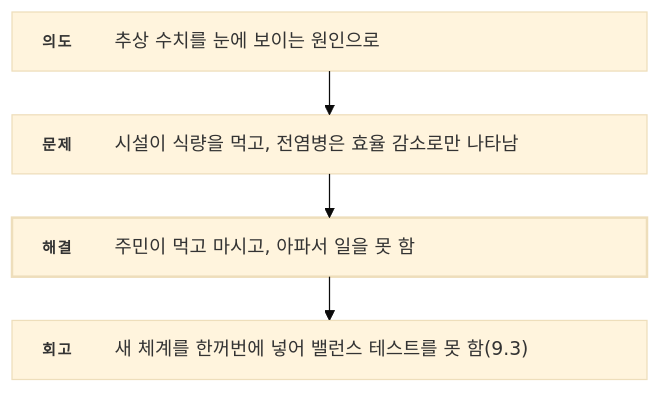
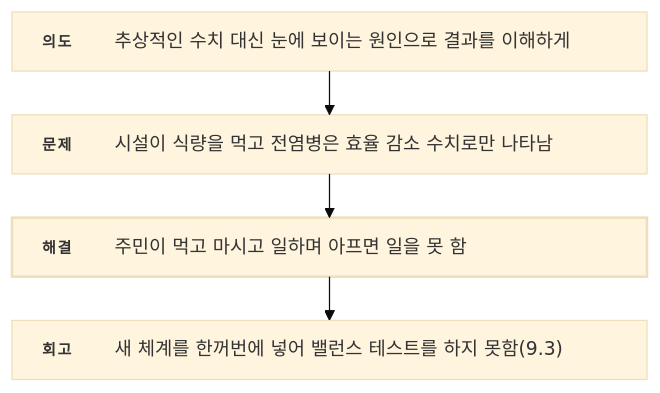
One commit to ashadeveloperr/ashadeveloperr.github.io changed the ninth of 12 diagrams in src/3-desert-settlement/기술문서.md. Above: the diagram before and after it, drawn with Mermaid (base theme). The commit also changed other lines of this file and 6 other files, not shown here.

````diff
--- a/src/3-desert-settlement/기술문서.md
+++ b/src/3-desert-settlement/기술문서.md
@@ -438,18 +469,18 @@
 ```mermaid
 ---
 config:
   layout: elk
   flowchart:
     wrappingWidth: 520
     padding: 12
 ---
 flowchart TB
   %% feature-flow — _local/flow-diagrams.py가 만듦
-  I["<div style='width:460px;display:flex;gap:14px;align-items:baseline;text-align:left;white-space:normal'><span style='flex:0 0 44px;padding-top:2px;font-size:12px;font-weight:700;letter-spacing:.12em;color:var(--accent-ink)'>의도</span><span style='flex:1;font-size:15px;line-height:1.55;color:var(--ink)'>추상 수치를 눈에 보이는 원인으로</span></div>"]
-  P["<div style='width:460px;display:flex;gap:14px;align-items:baseline;text-align:left;white-space:normal'><span style='flex:0 0 44px;padding-top:2px;font-size:12px;font-weight:700;letter-spacing:.12em;color:var(--accent-ink)'>문제</span><span style='flex:1;font-size:15px;line-height:1.55;color:var(--ink)'>시설이 식량을 먹고, 전염병은 효율 감소로만 나타남</span></div>"]
-  S["<div style='width:460px;display:flex;gap:14px;align-items:baseline;text-align:left;white-space:normal'><span style='flex:0 0 44px;padding-top:2px;font-size:12px;font-weight:700;letter-spacing:.12em;color:var(--accent-ink)'>해결</span><span style='flex:1;font-size:15px;line-height:1.55;color:var(--ink)'>주민이 먹고 마시고, 아파서 일을 못 함</span></div>"]
-  R["<div style='width:460px;display:flex;gap:14px;align-items:baseline;text-align:left;white-space:normal'><span style='flex:0 0 44px;padding-top:2px;font-size:12px;font-weight:700;letter-spacing:.12em;color:var(--accent-ink)'>회고</span><span style='flex:1;font-size:15px;line-height:1.55;color:var(--ink)'>새 체계를 한꺼번에 넣어 밸런스 테스트를 못 함(9.3)</span></div>"]
+  I["<div style='width:460px;display:flex;gap:14px;align-items:baseline;text-align:left;white-space:normal'><span style='flex:0 0 44px;padding-top:2px;font-size:12px;font-weight:700;letter-spacing:.12em;color:var(--accent-ink)'>의도</span><span style='flex:1;font-size:15px;line-height:1.55;color:var(--ink)'>추상적인 수치 대신 눈에 보이는 원인으로 결과를 이해하게</span></div>"]
+  P["<div style='width:460px;display:flex;gap:14px;align-items:baseline;text-align:left;white-space:normal'><span style='flex:0 0 44px;padding-top:2px;font-size:12px;font-weight:700;letter-spacing:.12em;color:var(--accent-ink)'>문제</span><span style='flex:1;font-size:15px;line-height:1.55;color:var(--ink)'>시설이 식량을 먹고 전염병은 효율 감소 수치로만 나타남</span></div>"]
+  S["<div style='width:460px;display:flex;gap:14px;align-items:baseline;text-align:left;white-space:normal'><span style='flex:0 0 44px;padding-top:2px;font-size:12px;font-weight:700;letter-spacing:.12em;color:var(--accent-ink)'>해결</span><span style='flex:1;font-size:15px;line-height:1.55;color:var(--ink)'>주민이 먹고 마시고 일하며 아프면 일을 못 함</span></div>"]
+  R["<div style='width:460px;display:flex;gap:14px;align-items:baseline;text-align:left;white-space:normal'><span style='flex:0 0 44px;padding-top:2px;font-size:12px;font-weight:700;letter-spacing:.12em;color:var(--accent-ink)'>회고</span><span style='flex:1;font-size:15px;line-height:1.55;color:var(--ink)'>새 체계를 한꺼번에 넣어 밸런스 테스트를 하지 못함(9.3)</span></div>"]
   I --> P --> S --> R
   classDef key stroke-width:2px
   class S key
 ```
````
